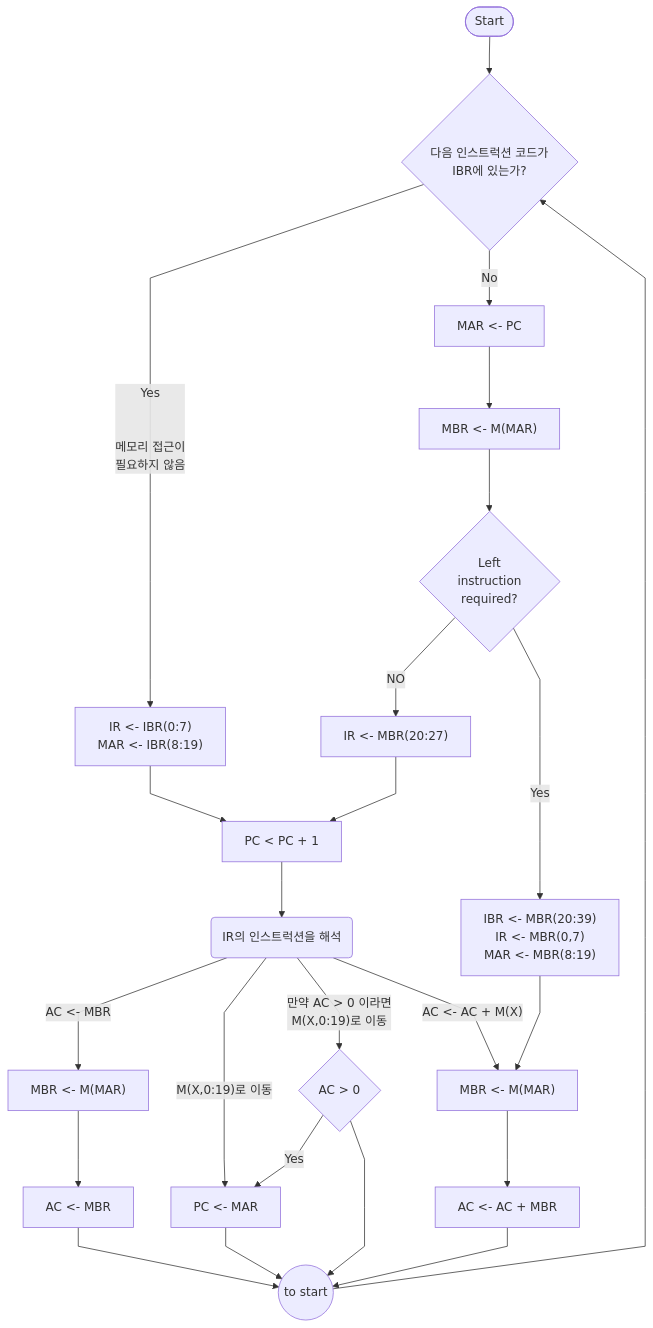
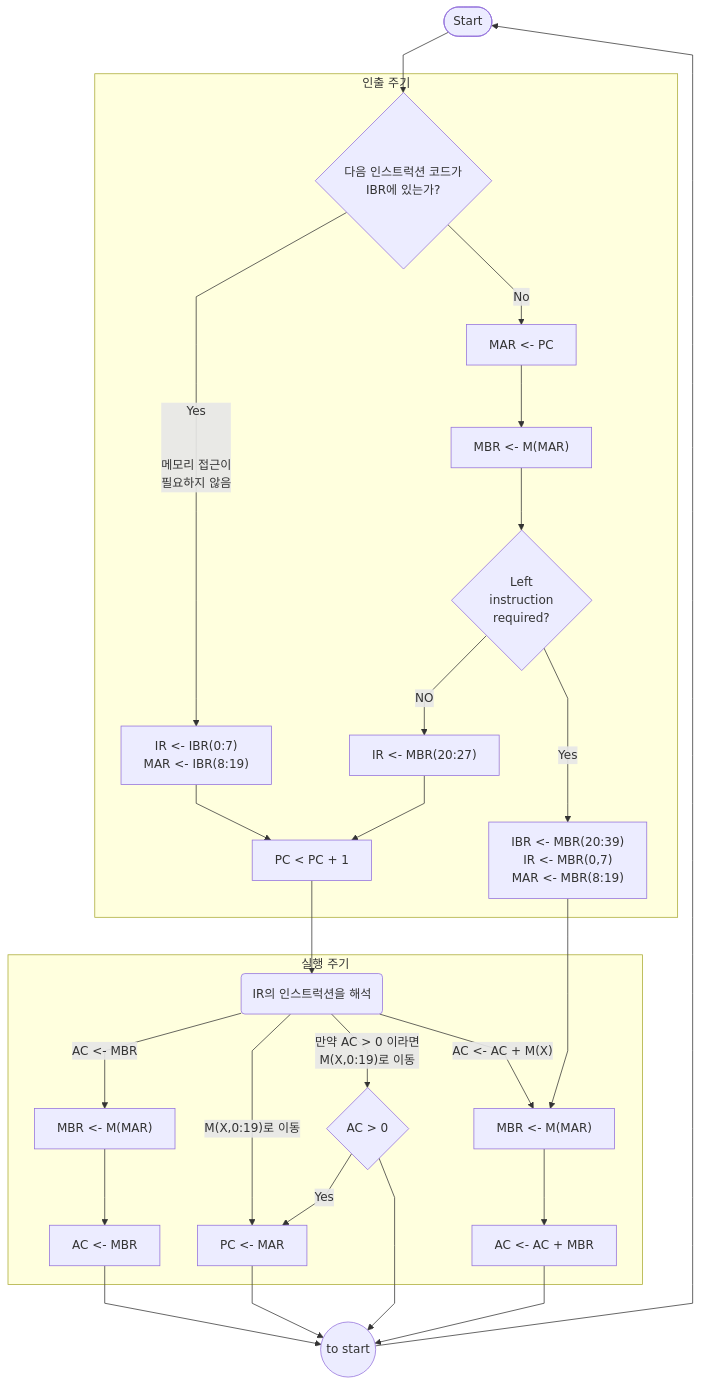
Before and after one commit to highlow12/Obsidian: the second of 2 diagrams in 1. 프로젝트/학교/컴퓨터 구조/컴퓨터 시스템 개요.md, drawn with Mermaid.

Commit message:
vault backup: 2024-09-30 13:31:38

````diff
--- a/1. 프로젝트/학교/컴퓨터 구조/컴퓨터 시스템 개요.md
+++ b/1. 프로젝트/학교/컴퓨터 구조/컴퓨터 시스템 개요.md
@@ -162,32 +162,42 @@
 ```mermaid
 %%{ init: { 'flowchart': { 'curve': 'linear' } } }%%
+
 flowchart TD
-	start(["Start"]) --> id1{"다음 인스트럭션 코드가\nIBR에 있는가?"}
+start(["Start"]) --> id1{"다음 인스트럭션 코드가\nIBR에 있는가?"}
+subgraph 인출 주기 
 	id1 -->|"Yes\n\n\n 메모리 접근이\n필요하지 않음"| id2["IR <- IBR(0:7)\nMAR <- IBR(8:19)"]
 	id1 -->|No| id3["MAR <- PC"]
 	id3 --> id4["MBR <- M(MAR)"]
 	id4 --> id5{"Left\ninstruction\nrequired?"}
 	id5 -->|NO| id6["IR <- MBR(20:27)"]
 	id5 -->|Yes| id7["IBR <- MBR(20:39)\nIR <- MBR(0,7)\nMAR <- MBR(8:19)"]
 	id2 --> id8["PC < PC + 1"]
+end
+subgraph 실행 주기 
+	
 	id6 --> id8
 	id7 --> id111["MBR <- M(MAR)"]
 	id111 --> id1111["AC <- AC + MBR"]
-	id1111 --> tostart((to start))
+	
 	id8 --> id9(IR의 인스트럭션을 해석)
 	
 	id9 -->|"AC <- MBR"| id10["MBR <- M(MAR)"]
 	id10 --> id11["AC <- MBR"]
-	id11 --> tostart
+	
 
 	id9 -->|"M(X,0:19)로 이동"| id12["PC <- MAR"]
-	id12 --> tostart
+	
 
 	id9 -->|"만약 AC > 0 이라면\nM(X,0:19)로 이동"| id13{"AC > 0"}
 	id13 -->|Yes| id12
-	id13 --> tostart
+	
 
 	id9 -->|"AC <- AC + M(X)"| id111
-	tostart --> id1
-
+	
+end
+id13 --> tostart
+tostart --> start
+id12 --> tostart
+id11 --> tostart
+id1111 --> tostart((to start))
 ```
````
